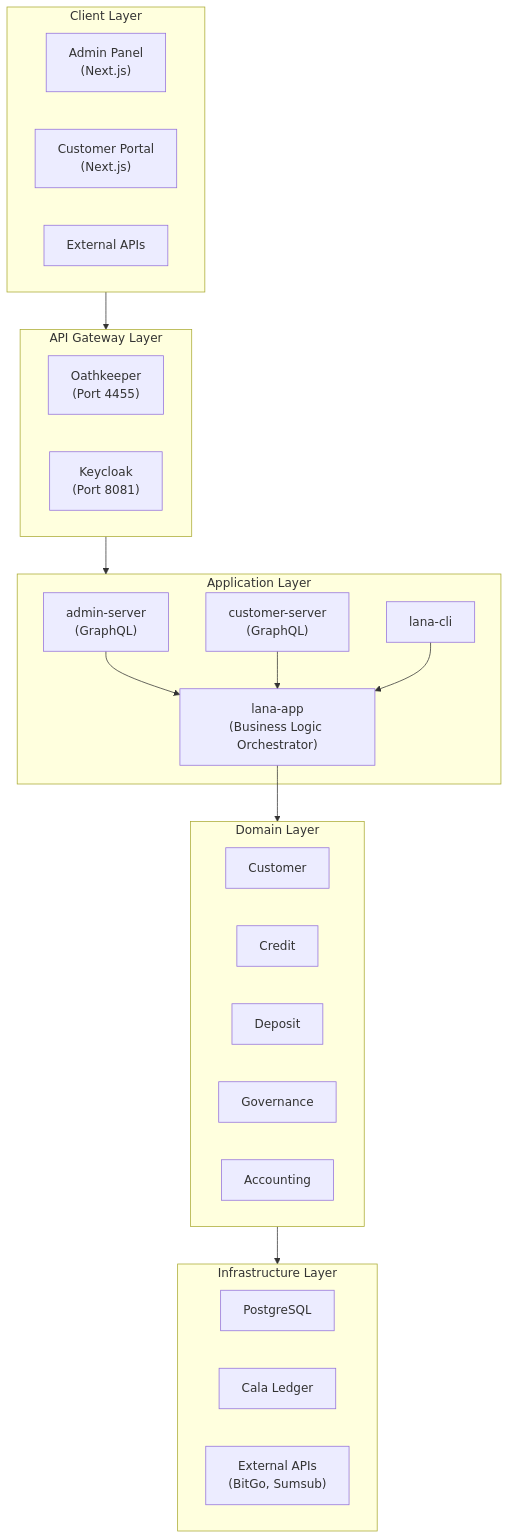
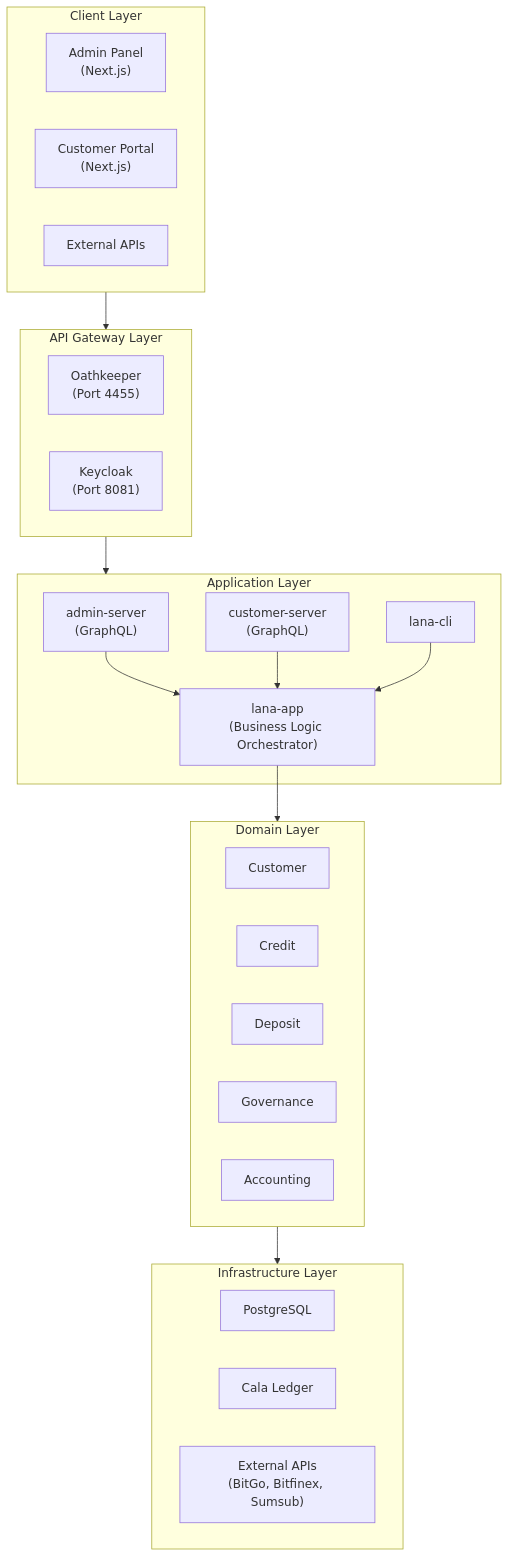
Before and after one commit to GaloyMoney/lana-bank: the second of 5 diagrams in docs-site/docs/for-platform-engineers/system-architecture.md, drawn with Mermaid. The commit also changed other lines of this file and 25 other files, not shown here.

````diff
--- a/docs-site/docs/for-platform-engineers/system-architecture.md
+++ b/docs-site/docs/for-platform-engineers/system-architecture.md
@@ -68,42 +68,42 @@
 ```mermaid
 graph TD
     subgraph ClientLayer["Client Layer"]
         AP["Admin Panel<br/>(Next.js)"]
         CPO["Customer Portal<br/>(Next.js)"]
         EAPI["External APIs"]
     end
 
     subgraph GatewayLayer["API Gateway Layer"]
         OAT["Oathkeeper<br/>(Port 4455)"]
         KC["Keycloak<br/>(Port 8081)"]
     end
 
     subgraph AppLayer["Application Layer"]
         ASRV["admin-server<br/>(GraphQL)"]
         CSRV["customer-server<br/>(GraphQL)"]
         LCLI["lana-cli"]
         LAPP["lana-app<br/>(Business Logic Orchestrator)"]
         ASRV --> LAPP
         CSRV --> LAPP
         LCLI --> LAPP
     end
 
     subgraph DomainLayer["Domain Layer"]
         CUST["Customer"]
         CRED["Credit"]
         DEP["Deposit"]
         GOV["Governance"]
         ACCT["Accounting"]
     end
 
     subgraph InfraLayer["Infrastructure Layer"]
         PG["PostgreSQL"]
         CALA["Cala Ledger"]
-        EXT["External APIs<br/>(BitGo, Sumsub)"]
+        EXT["External APIs<br/>(BitGo, Bitfinex, Sumsub)"]
     end
 
     ClientLayer --> GatewayLayer
     GatewayLayer --> AppLayer
     LAPP --> DomainLayer
     DomainLayer --> InfraLayer
 ```
````
